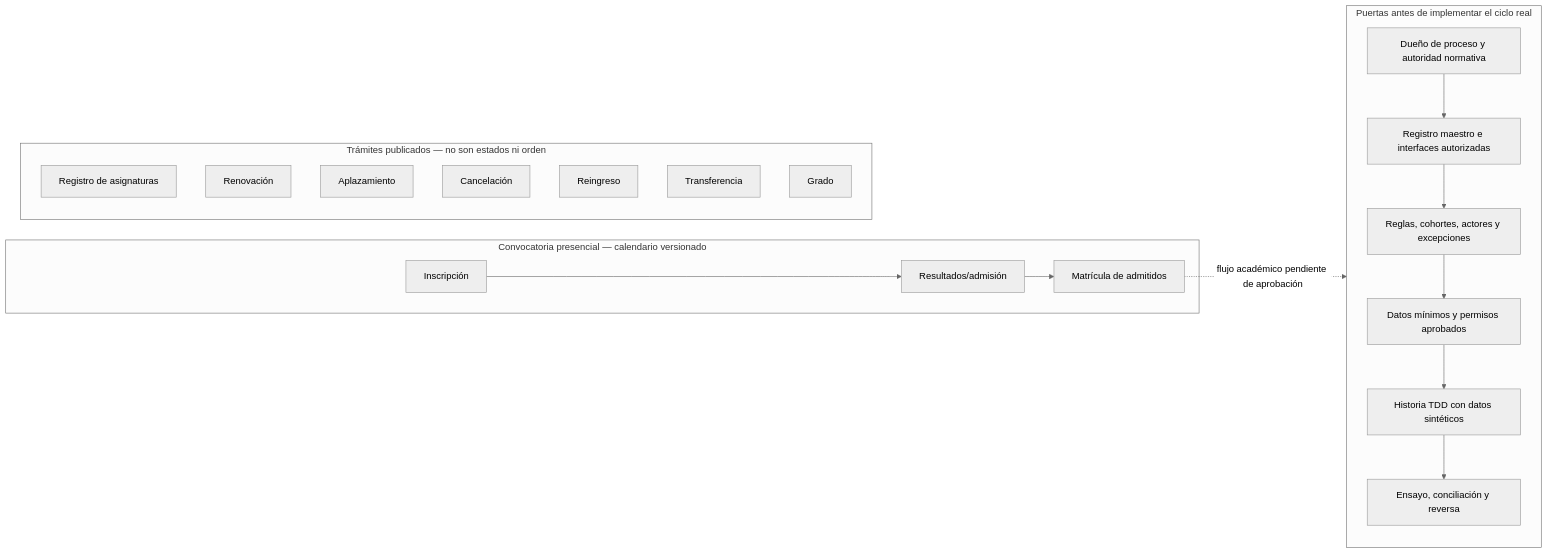
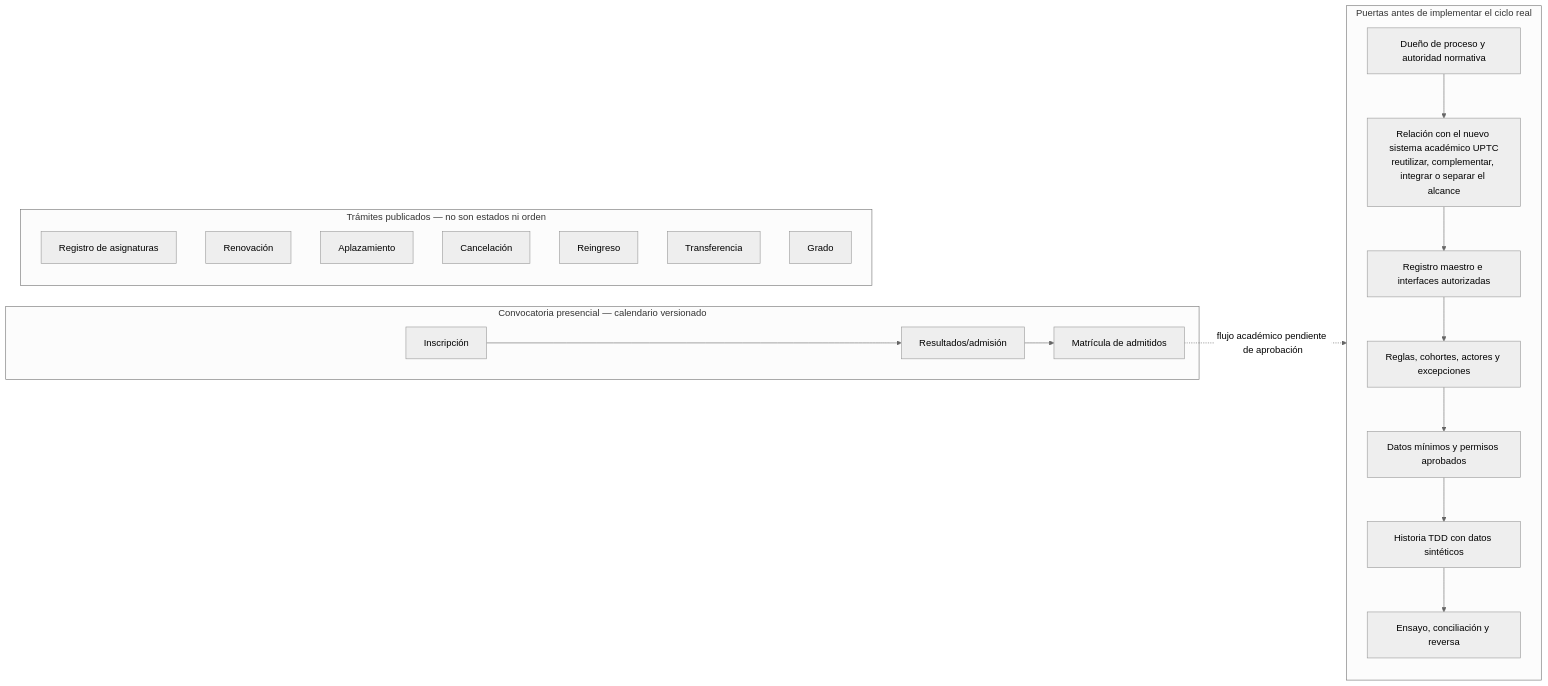
The second of 16 diagrams in docs/architecture/process-flows.md (jdsalasca/open-university-backend), drawn with Mermaid (neutral theme) before and after one commit. The commit also changed other lines of this file and 10 other files, not shown here.

Commit message:
docs: align roadmap with UPTC academic system initiative

````diff
--- a/docs/architecture/process-flows.md
+++ b/docs/architecture/process-flows.md
@@ -53,31 +53,32 @@
 ```mermaid
 flowchart LR
   subgraph Convocatoria[Convocatoria presencial — calendario versionado]
     Apply[Inscripción]
     Results[Resultados/admisión]
     Enroll[Matrícula de admitidos]
     Apply --> Results --> Enroll
   end
 
   Enroll -. flujo académico pendiente de aprobación .-> Discovery
 
   subgraph Discovery[Puertas antes de implementar el ciclo real]
     Owner[Dueño de proceso y autoridad normativa]
+    Initiative[Relación con el nuevo sistema académico UPTC<br/>reutilizar, complementar, integrar o separar el alcance]
     Source[Registro maestro e interfaces autorizadas]
     Rules[Reglas, cohortes, actores y excepciones]
     Contract[Datos mínimos y permisos aprobados]
     Tests[Historia TDD con datos sintéticos]
     Reconcile[Ensayo, conciliación y reversa]
-    Owner --> Source --> Rules --> Contract --> Tests --> Reconcile
+    Owner --> Initiative --> Source --> Rules --> Contract --> Tests --> Reconcile
   end
 
   subgraph StudentServices[Trámites publicados — no son estados ni orden]
     Registration[Registro de asignaturas]
     Renewal[Renovación]
     Defer[Aplazamiento]
     Cancel[Cancelación]
     Reentry[Reingreso]
     Transfer[Transferencia]
     Graduation[Grado]
   end
 ```
````
